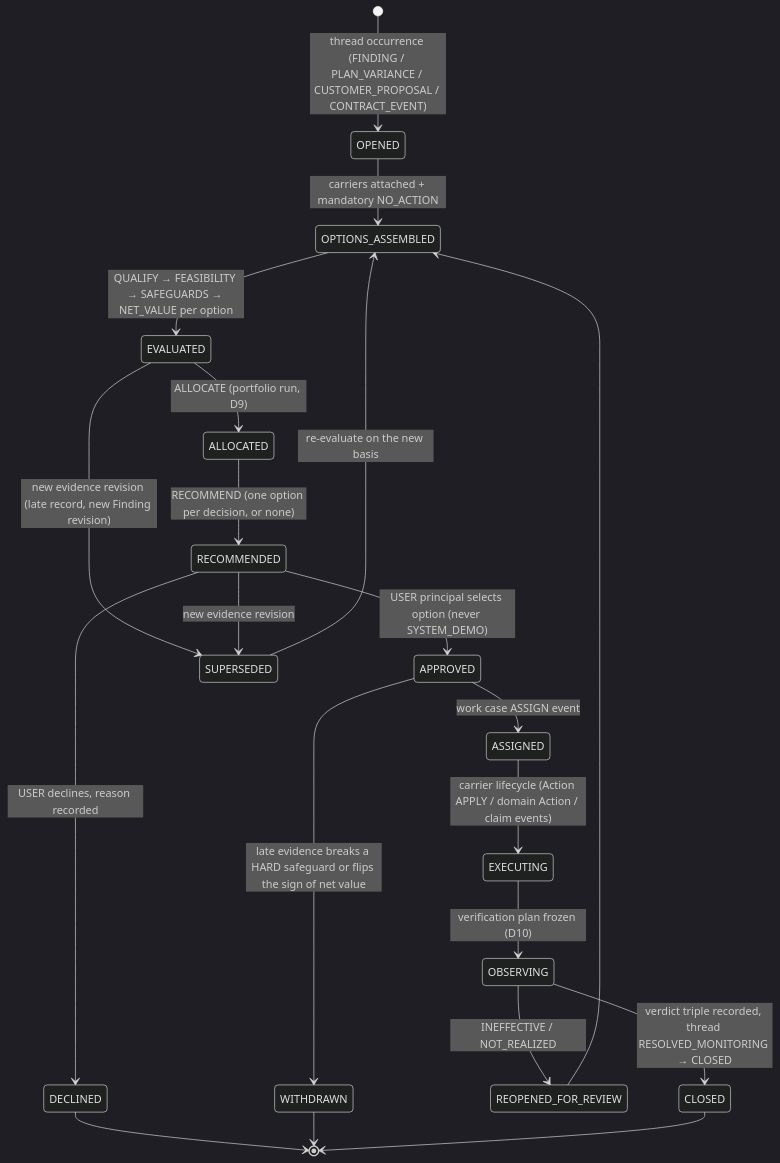
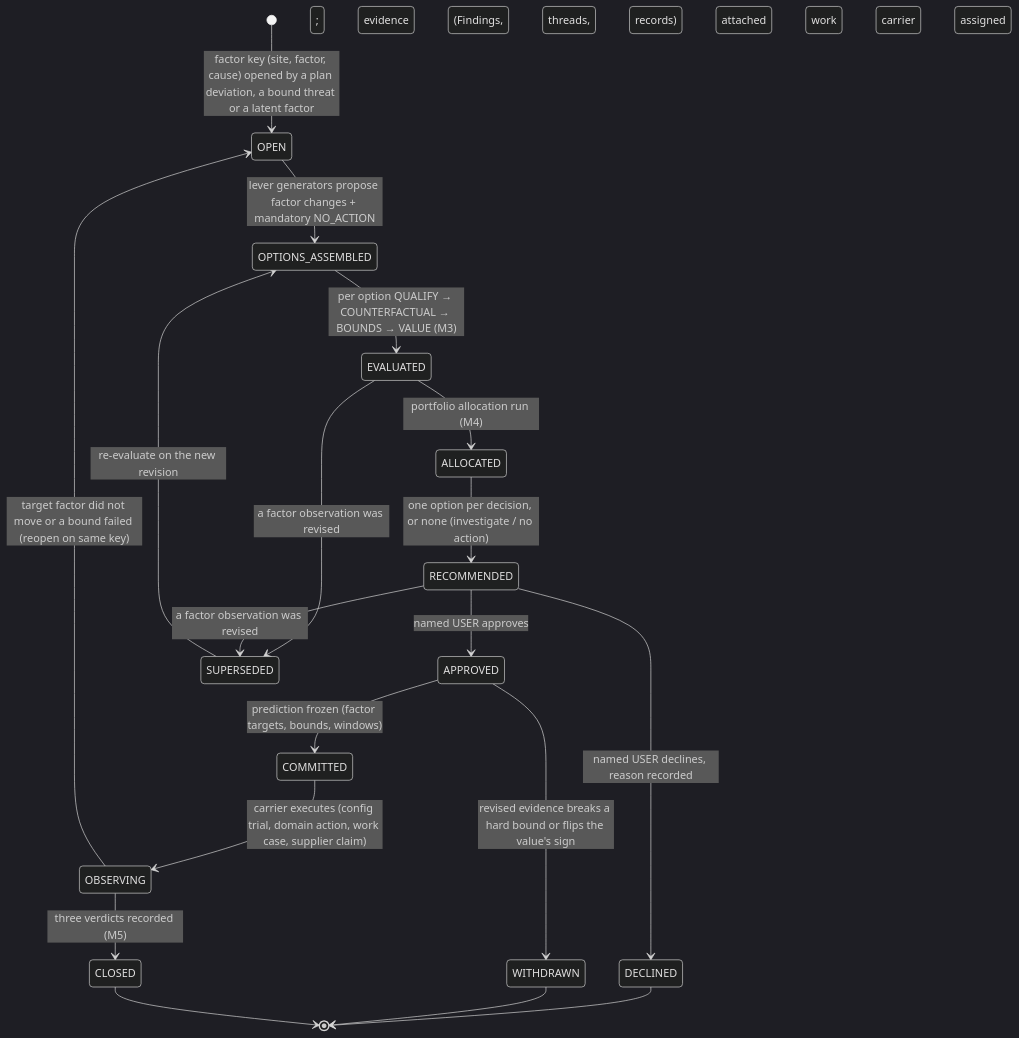
Before and after one commit to bineyame/AssetOpsV1: the first of 3 diagrams in Docs/demo-sprint/product-direction-layer4/domain-and-decision-models.md, drawn with Mermaid (dark theme). The commit also changed other lines of this file and 148 other files, not shown here.

Commit message:
Layer 4 design pack rev 4: fundamental redesign per owner feedback (review REVISE: H1 Protect factors, M1-M3)

````diff
--- a/Docs/demo-sprint/product-direction-layer4/domain-and-decision-models.md
+++ b/Docs/demo-sprint/product-direction-layer4/domain-and-decision-models.md
@@ -57,23 +35,21 @@
 ```mermaid
 stateDiagram-v2
-    [*] --> OPENED: thread occurrence (FINDING / PLAN_VARIANCE / CUSTOMER_PROPOSAL / CONTRACT_EVENT)
-    OPENED --> OPTIONS_ASSEMBLED: carriers attached + mandatory NO_ACTION
-    OPTIONS_ASSEMBLED --> EVALUATED: QUALIFY → FEASIBILITY → SAFEGUARDS → NET_VALUE per option
-    EVALUATED --> ALLOCATED: ALLOCATE (portfolio run, D9)
-    ALLOCATED --> RECOMMENDED: RECOMMEND (one option per decision, or none)
-    RECOMMENDED --> APPROVED: USER principal selects option (never SYSTEM_DEMO)
-    RECOMMENDED --> DECLINED: USER declines, reason recorded
-    APPROVED --> ASSIGNED: work case ASSIGN event
-    ASSIGNED --> EXECUTING: carrier lifecycle (Action APPLY / domain Action / claim events)
-    EXECUTING --> OBSERVING: verification plan frozen (D10)
-    OBSERVING --> CLOSED: verdict triple recorded, thread RESOLVED_MONITORING → CLOSED
-    OBSERVING --> REOPENED_FOR_REVIEW: INEFFECTIVE / NOT_REALIZED
-    EVALUATED --> SUPERSEDED: new evidence revision (late record, new Finding revision)
-    RECOMMENDED --> SUPERSEDED: new evidence revision
-    APPROVED --> WITHDRAWN: late evidence breaks a HARD safeguard or flips the sign of net value
-    SUPERSEDED --> OPTIONS_ASSEMBLED: re-evaluate on the new basis
-    REOPENED_FOR_REVIEW --> OPTIONS_ASSEMBLED
+    [*] --> OPEN: factor key (site, factor, cause) opened by a plan deviation, a bound threat or a latent factor
+    OPEN --> OPTIONS_ASSEMBLED: lever generators propose factor changes + mandatory NO_ACTION; evidence (Findings, threads, records) attached
+    OPTIONS_ASSEMBLED --> EVALUATED: per option QUALIFY → COUNTERFACTUAL → BOUNDS → VALUE (M3)
+    EVALUATED --> ALLOCATED: portfolio allocation run (M4)
+    ALLOCATED --> RECOMMENDED: one option per decision, or none (investigate / no action)
+    RECOMMENDED --> APPROVED: named USER approves
+    RECOMMENDED --> DECLINED: named USER declines, reason recorded
+    APPROVED --> COMMITTED: prediction frozen (factor targets, bounds, windows); work carrier assigned
+    COMMITTED --> OBSERVING: carrier executes (config trial, domain action, work case, supplier claim)
+    OBSERVING --> CLOSED: three verdicts recorded (M5)
+    OBSERVING --> OPEN: target factor did not move or a bound failed (reopen on same key)
+    EVALUATED --> SUPERSEDED: a factor observation was revised
+    RECOMMENDED --> SUPERSEDED: a factor observation was revised
+    APPROVED --> WITHDRAWN: revised evidence breaks a hard bound or flips the value's sign
+    SUPERSEDED --> OPTIONS_ASSEMBLED: re-evaluate on the new revision
     DECLINED --> [*]
     WITHDRAWN --> [*]
     CLOSED --> [*]
 ```
````
